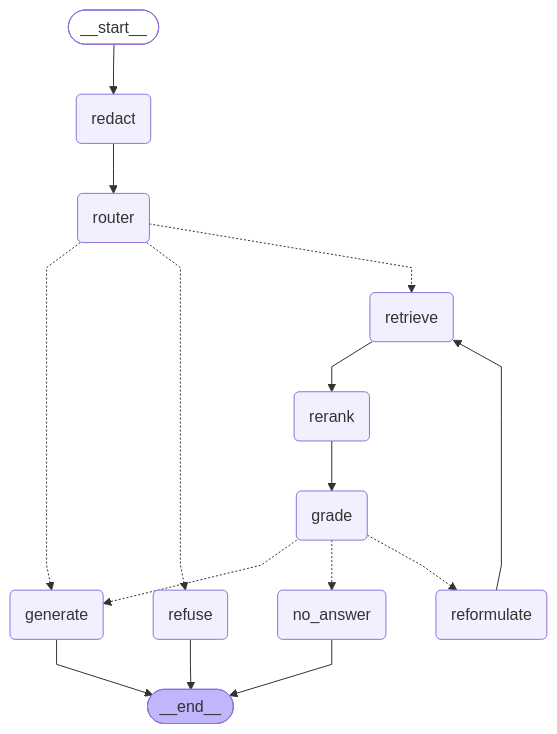
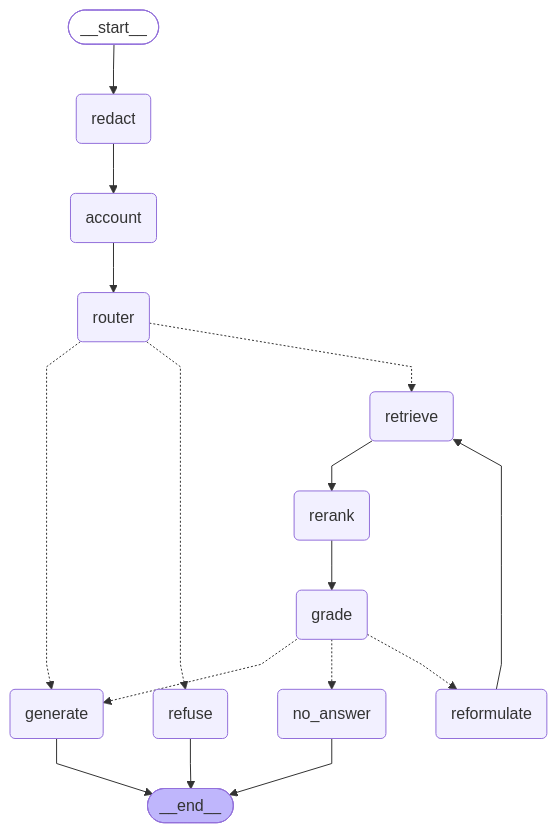
One commit to Mahmoudatari/mal-rag-assignment changed the diagram in docs/graph.mmd. Above: the diagram before and after it, drawn with Mermaid. The commit also changed 15 other files, not shown here.

```diff
--- a/docs/graph.mmd
+++ b/docs/graph.mmd
@@ -1,34 +1,36 @@
 ---
 config:
   flowchart:
     curve: linear
 ---
 graph TD;
 	__start__([<p>__start__</p>]):::first
 	redact(redact)
+	account(account)
 	router(router)
 	retrieve(retrieve)
 	rerank(rerank)
 	grade(grade)
 	reformulate(reformulate)
 	generate(generate)
 	refuse(refuse)
 	no_answer(no_answer)
 	__end__([<p>__end__</p>]):::last
 	__start__ --> redact;
+	account --> router;
 	grade -.-> generate;
 	grade -.-> no_answer;
 	grade -.-> reformulate;
-	redact --> router;
+	redact --> account;
 	reformulate --> retrieve;
 	rerank --> grade;
 	retrieve --> rerank;
 	router -.-> generate;
 	router -.-> refuse;
 	router -.-> retrieve;
 	generate --> __end__;
 	no_answer --> __end__;
 	refuse --> __end__;
 	classDef default fill:#f2f0ff,line-height:1.2
 	classDef first fill-opacity:0
 	classDef last fill:#bfb6fc
```
